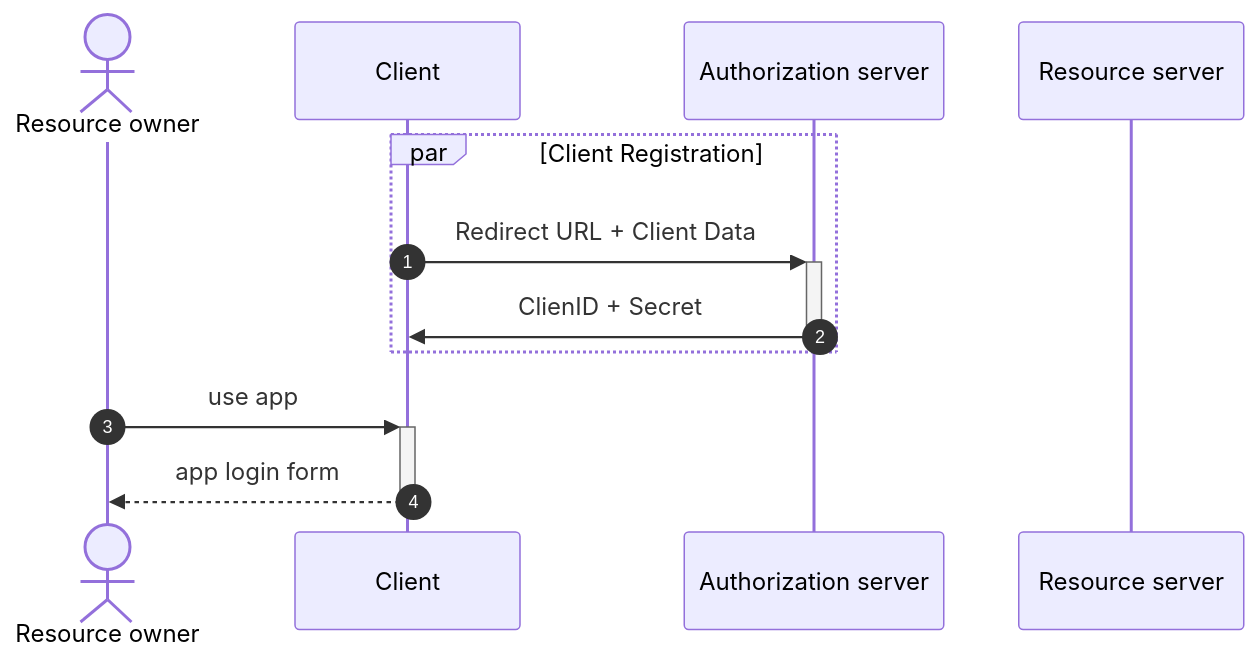
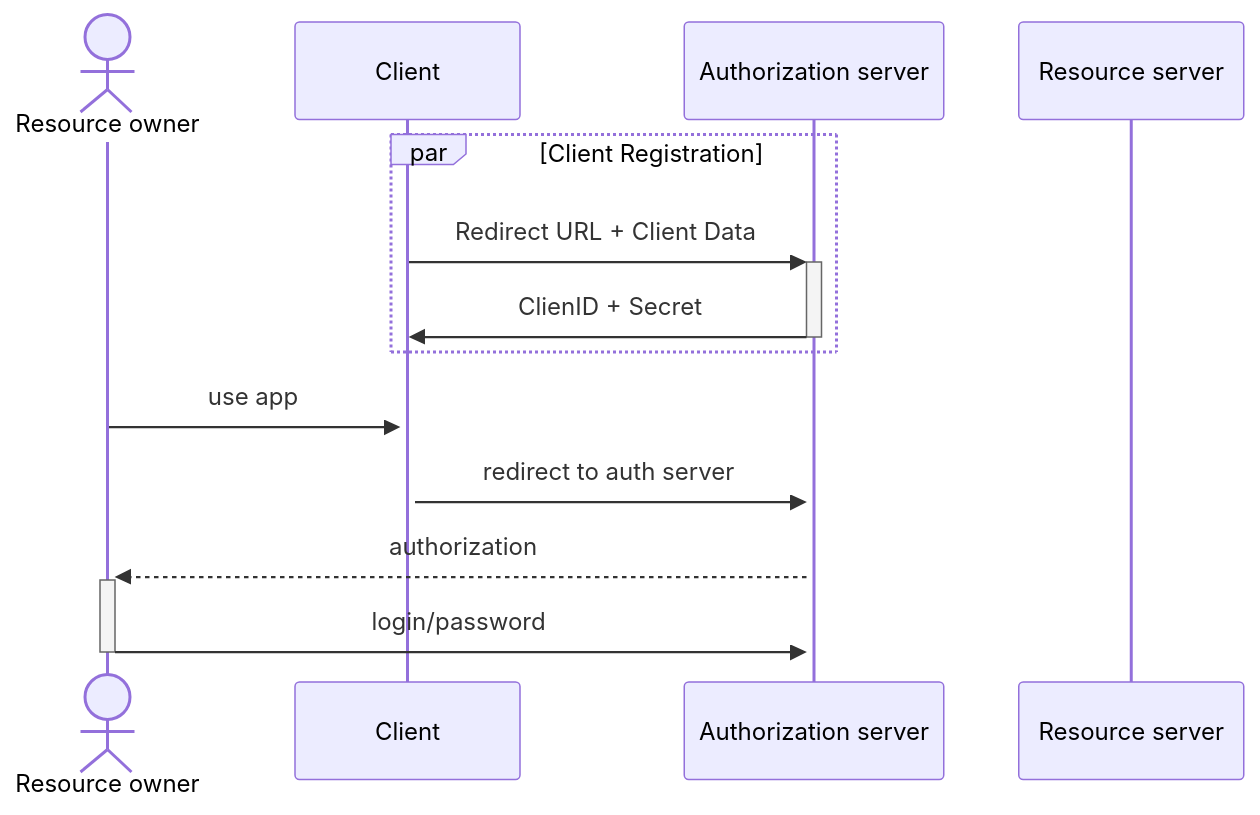
Before and after one commit to danzay42/Wiki: the third of 3 diagrams in CS/Authorization.md, drawn with Mermaid.

Commit message:
vault backup: 2023-08-16 22:59:19
Affected files:
CS/Authorization.md

````diff
--- a/CS/Authorization.md
+++ b/CS/Authorization.md
@@ -98,16 +98,19 @@
 ```mermaid
 sequenceDiagram
-	autonumber
+	%%autonumber%%
 	actor o as Resource owner
 	participant c as Client
 	participant a as Authorization server
 	participant r as Resource server
 
 	par Client Registration
 		c ->>+ a: Redirect URL + Client Data
 		a ->>- c: ClienID + Secret
 	end
 
+	
 	o ->>+ c: use app
-	c -->>- o: app login form 
+	c ->>+ a: redirect to auth server
+	a -->>+ o: authorization
+	o ->>- a: login/password 
 ```
````
